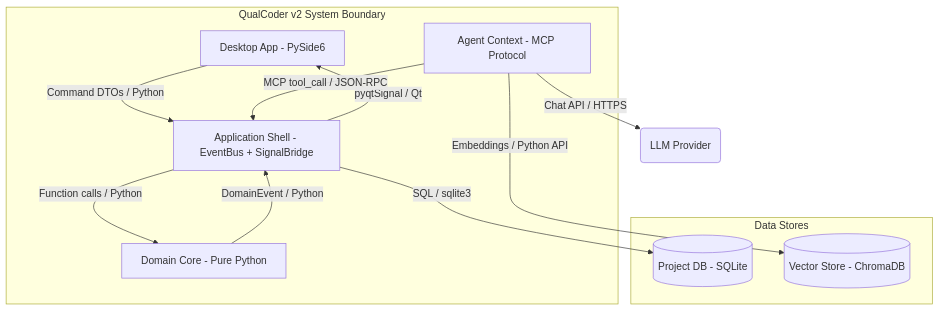
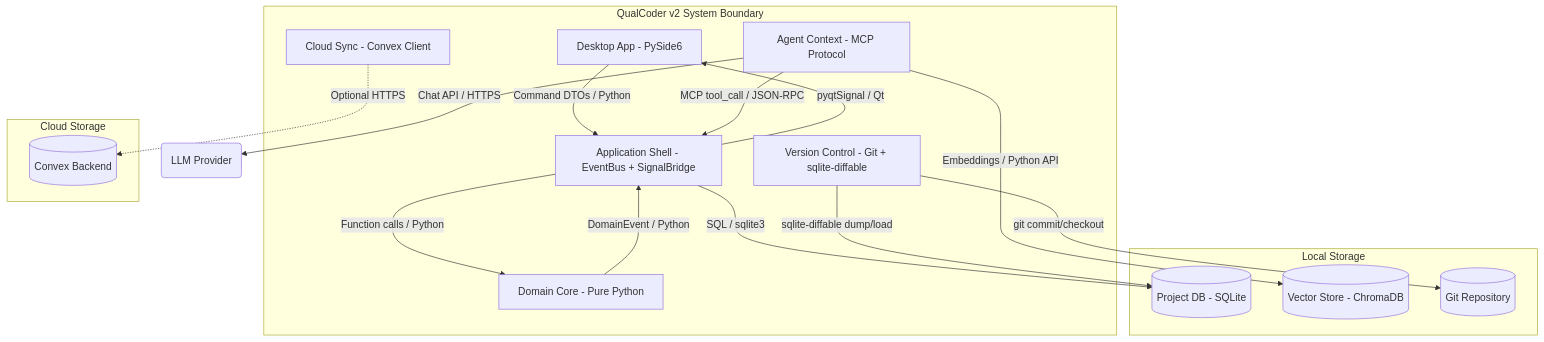
Before and after one commit to scope-impact/QualCoder-v2: the second of 10 diagrams in docs/ARCHITECTURE.md, drawn with Mermaid. The commit also changed other lines of this file, not shown here.

First line of the commit message:
docs(architecture): add Storage Architecture section

````diff
--- a/docs/ARCHITECTURE.md
+++ b/docs/ARCHITECTURE.md
@@ -58,26 +60,36 @@
 ```mermaid
 graph TB
     subgraph QualCoder v2 System Boundary
         UI[Desktop App - PySide6]
         DOMAIN[Domain Core - Pure Python]
         APP[Application Shell - EventBus + SignalBridge]
         AGENT[Agent Context - MCP Protocol]
+        VCS[Version Control - Git + sqlite-diffable]
+        SYNC[Cloud Sync - Convex Client]
 
         UI -- "Command DTOs / Python" --> APP
         APP -- "Function calls / Python" --> DOMAIN
         DOMAIN -- "DomainEvent / Python" --> APP
         APP -- "pyqtSignal / Qt" --> UI
         AGENT -- "MCP tool_call / JSON-RPC" --> APP
     end
 
-    subgraph Data Stores
+    subgraph Local Storage
         DB[(Project DB - SQLite)]
         VEC[(Vector Store - ChromaDB)]
+        GIT[(Git Repository)]
+    end
+
+    subgraph Cloud Storage
+        CONVEX[(Convex Backend)]
     end
 
     APP -- "SQL / sqlite3" --> DB
     AGENT -- "Embeddings / Python API" --> VEC
+    VCS -- "sqlite-diffable dump/load" --> DB
+    VCS -- "git commit/checkout" --> GIT
+    SYNC -. "Optional HTTPS" .-> CONVEX
 
     LLM(LLM Provider)
     AGENT -- "Chat API / HTTPS" --> LLM
 ```
````
